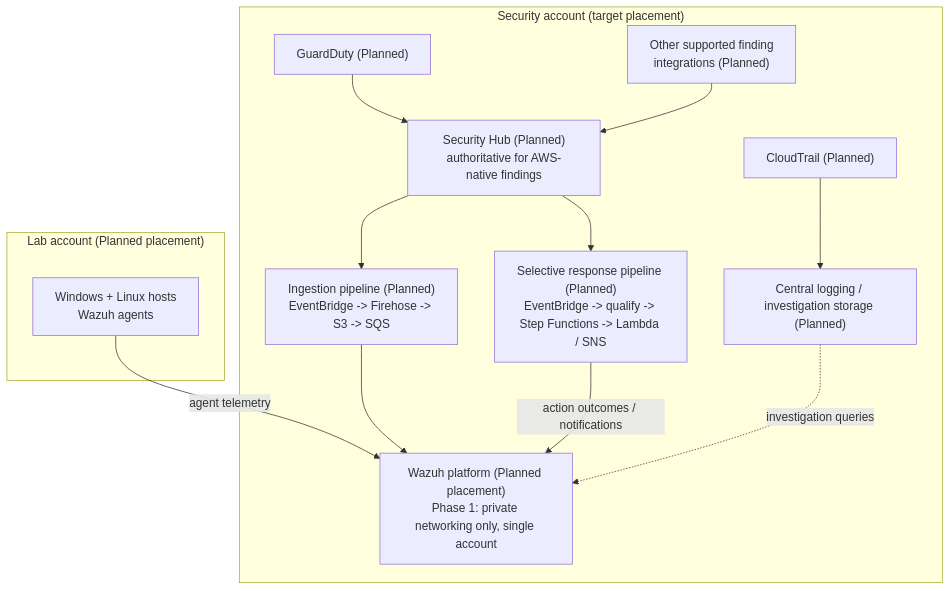
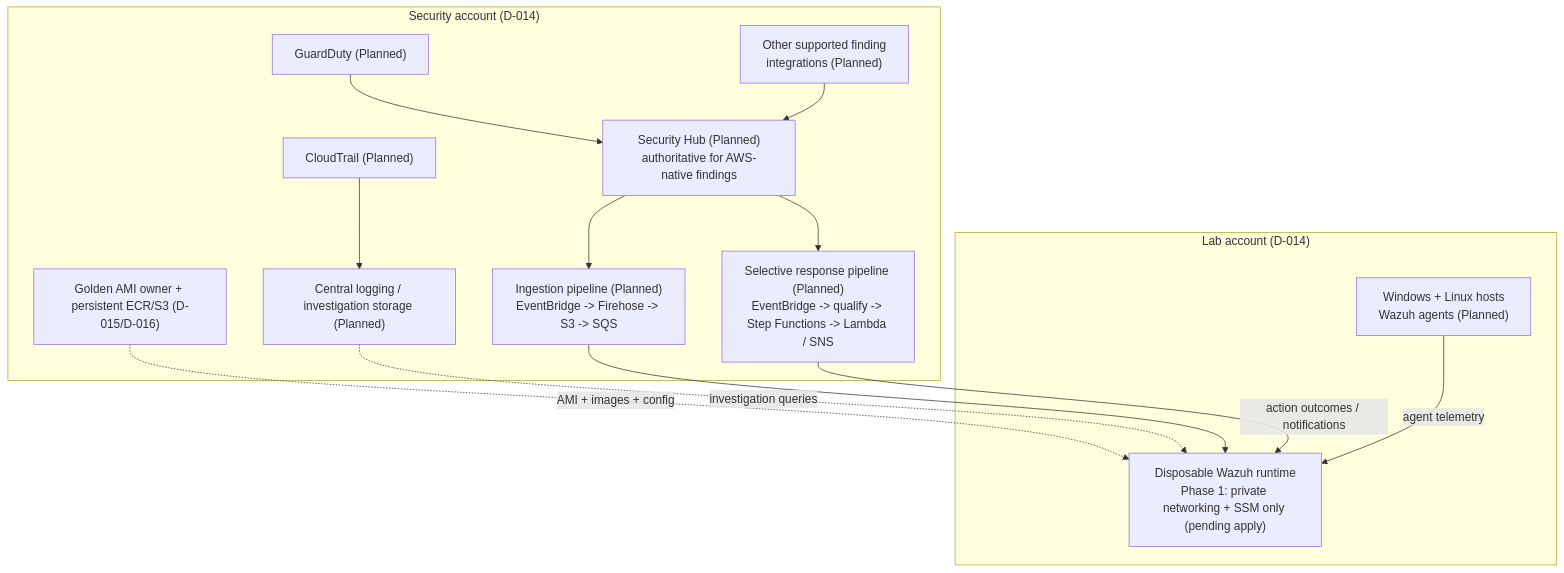
One commit to ERC-320-61/cloud-secops-lab changed the sixth of 6 diagrams in docs/ARCHITECTURE.md. Above: the diagram before and after it, drawn with Mermaid. The commit also changed other lines of this file and 20 other files, not shown here.

````diff
--- a/docs/ARCHITECTURE.md
+++ b/docs/ARCHITECTURE.md
@@ -244,25 +277,27 @@
 ```mermaid
 flowchart TB
-    subgraph LABX["Lab account (Planned placement)"]
-        HOSTS["Windows + Linux hosts<br/>Wazuh agents"]
+    subgraph LABX["Lab account (D-014)"]
+        HOSTS["Windows + Linux hosts<br/>Wazuh agents (Planned)"]
+        WZX["Disposable Wazuh runtime<br/>Phase 1: private networking + SSM only (pending apply)"]
     end
-    subgraph SECX["Security account (target placement)"]
+    subgraph SECX["Security account (D-014)"]
+        GAMIX["Golden AMI owner + persistent ECR/S3 (D-015/D-016)"]
         CT["CloudTrail (Planned)"]
         GD["GuardDuty (Planned)"]
         INTEG["Other supported finding<br/>integrations (Planned)"]
         SHX["Security Hub (Planned)<br/>authoritative for AWS-native findings"]
         INGEST["Ingestion pipeline (Planned)<br/>EventBridge -> Firehose -> S3 -> SQS"]
         RESP["Selective response pipeline (Planned)<br/>EventBridge -> qualify -> Step Functions -> Lambda / SNS"]
-        WZX["Wazuh platform (Planned placement)<br/>Phase 1: private networking only, single account"]
         LOGX["Central logging / investigation storage (Planned)"]
     end
 
+    GAMIX -.->|"AMI + images + config"| WZX
     HOSTS -->|"agent telemetry"| WZX
     CT --> LOGX
     GD --> SHX
     INTEG --> SHX
     SHX --> INGEST --> WZX
     SHX --> RESP
     RESP -->|"action outcomes / notifications"| WZX
     LOGX -.->|"investigation queries"| WZX
 ```
````
